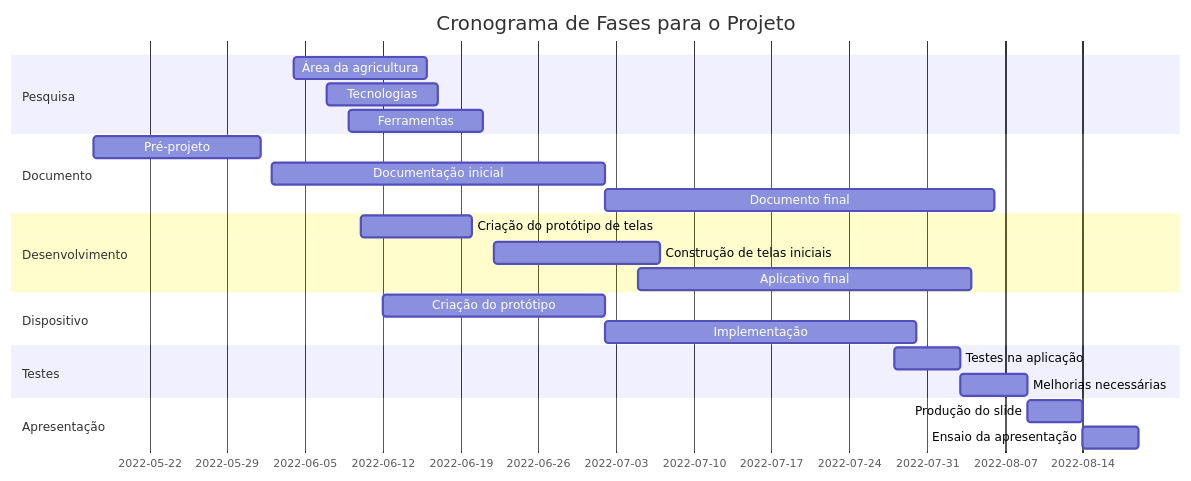
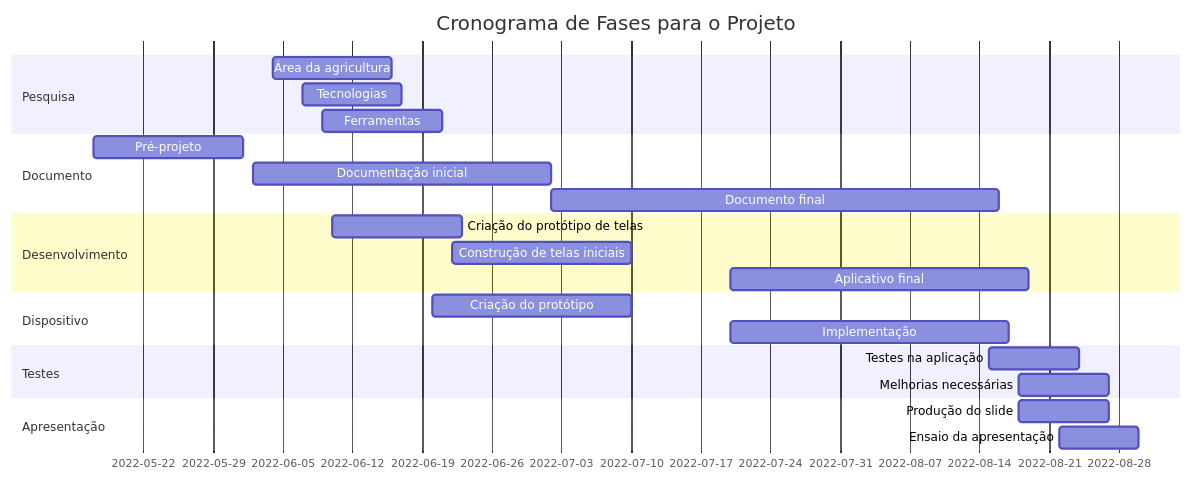
One commit to fernandaTavaresg/ProjetoIntegrador changed the diagram in README.md. Above: the diagram before and after it, drawn with Mermaid.

````diff
--- a/README.md
+++ b/README.md
@@ -18,26 +18,26 @@
 ```mermaid
     gantt
     title Cronograma de Fases para o Projeto
     dateFormat  YYYY-MM-DD
     section Pesquisa
     Área da agricultura     :a1, 2022-06-04, 12d
     Tecnologias             :a2,2022-06-07, 10d
     Ferramentas             :a3,2022-06-09, 12d
     section Documento
     Pré-projeto             :a1, 2022-05-17, 15d
     Documentação inicial    :a2,2022-06-02 , 30d
-    Documento final         :a3,2022-07-02, 35d
+    Documento final         :a3,2022-07-02, 45d
     section Desenvolvimento
-    Criação do protótipo de telas   :c2,2022-06-10, 10d
-    Construção de telas iniciais    :c3,2022-06-22, 15d
-    Aplicativo final                :c4,2022-07-05, 30d
+    Criação do protótipo de telas   :c2,2022-06-10, 13d
+    Construção de telas iniciais    :c3,2022-06-22, 18d
+    Aplicativo final                :c4,2022-07-20, 30d
      section Dispositivo
-    Criação do protótipo            :c2,2022-06-12  , 20d
-    Implementação                   :c3,2022-07-02  , 28d
+    Criação do protótipo            :c2,2022-06-20  , 20d
+    Implementação                   :c3,2022-07-20  , 28d
        section Testes
-    Testes na aplicação             :c2, 2022-07-28, 6d
-    Melhorias necessárias           :c3,2022-08-03, 6d
+    Testes na aplicação             :c2, 2022-08-15, 9d
+    Melhorias necessárias           :c3,2022-08-18, 9d
     section Apresentação
-    Produção do slide               :p1, 2022-08-09, 5d
-    Ensaio da apresentação          :p2, 2022-08-14, 5d   
+    Produção do slide               :p1, 2022-08-18, 9d
+    Ensaio da apresentação          :p2, 2022-08-22, 8d   
 ``` 
````
